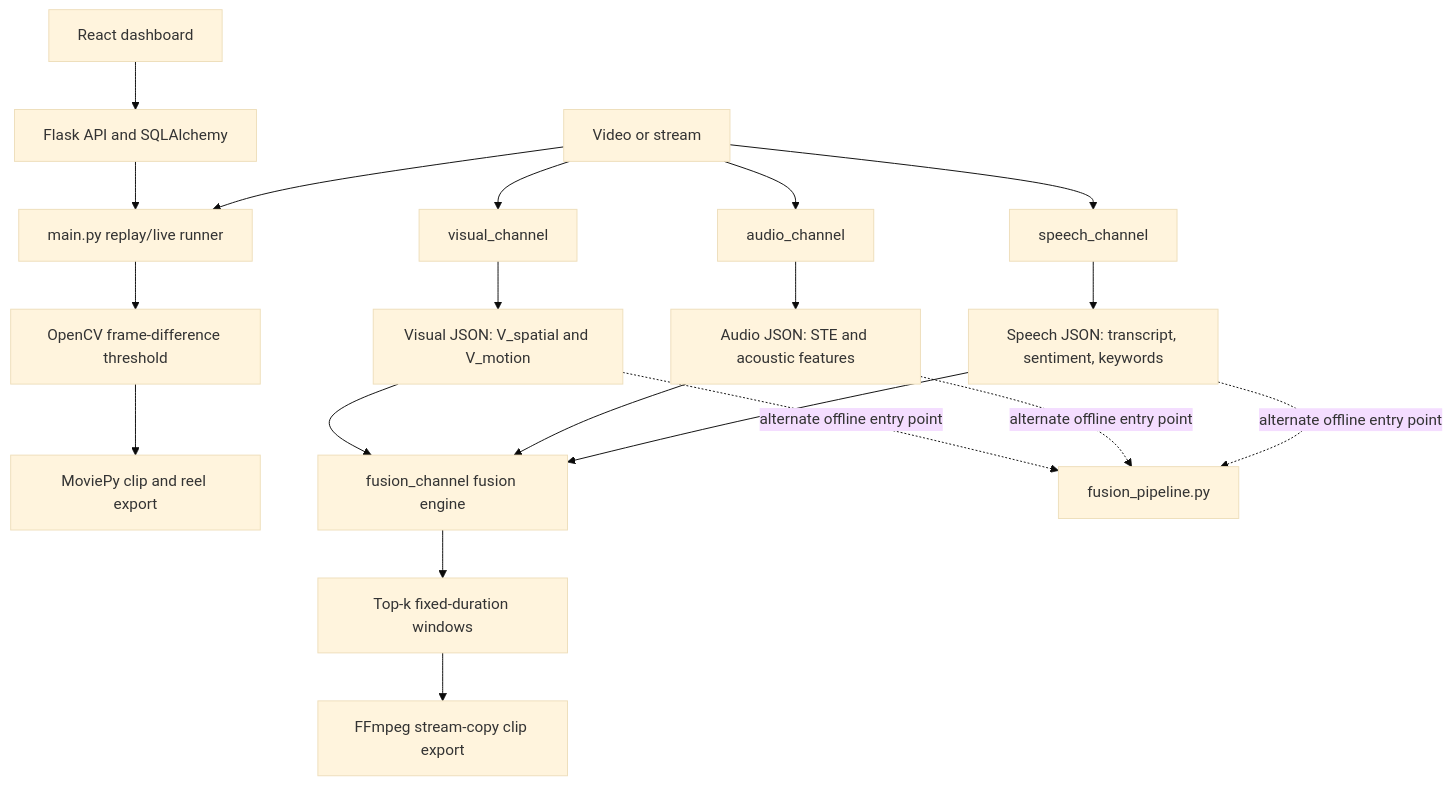
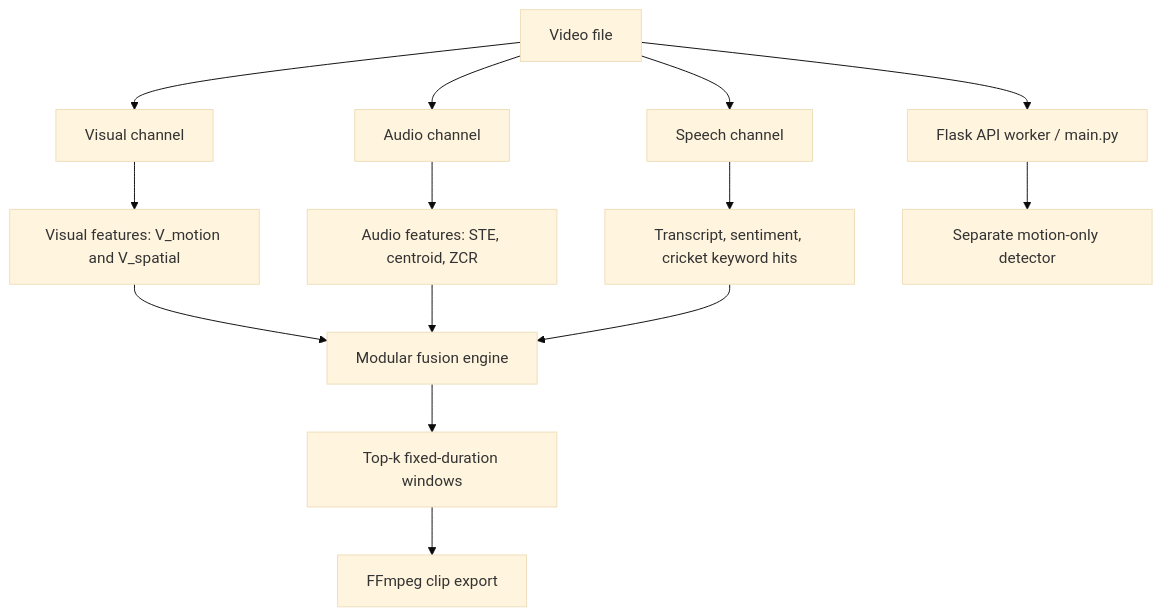
Before and after one commit to aditya0722h/cricket-highlight-extraction: the diagram in README.md, drawn with Mermaid (base theme). The commit also changed other lines of this file and 15 other files, not shown here.

````diff
--- a/README.md
+++ b/README.md
@@ -30,24 +32,16 @@
 ```mermaid
 flowchart TD
-    UI[React dashboard] --> API[Flask API and SQLAlchemy]
-    API --> MAIN[main.py replay/live runner]
-    VIDEO[Video or stream] --> MAIN
-    MAIN --> MOTION[OpenCV frame-difference threshold]
-    MOTION --> MOVIEPY[MoviePy clip and reel export]
-
-    VIDEO --> VIS[visual_channel]
-    VIDEO --> AUD[audio_channel]
-    VIDEO --> SPEECH[speech_channel]
-    VIS --> VJSON[Visual JSON: V_spatial and V_motion]
-    AUD --> AJSON[Audio JSON: STE and acoustic features]
-    SPEECH --> SJSON[Speech JSON: transcript, sentiment, keywords]
-    VJSON --> FUSION[fusion_channel fusion engine]
+    VIDEO[Video file] --> VIS[Visual channel]
+    VIDEO --> AUD[Audio channel]
+    VIDEO --> SPEECH[Speech channel]
+    VIS --> VJSON[Visual features: V_motion and V_spatial]
+    AUD --> AJSON[Audio features: STE, centroid, ZCR]
+    SPEECH --> SJSON[Transcript, sentiment, cricket keyword hits]
+    VJSON --> FUSION[Modular fusion engine]
     AJSON --> FUSION
     SJSON --> FUSION
     FUSION --> WINDOWS[Top-k fixed-duration windows]
-    WINDOWS --> FFMPEG[FFmpeg stream-copy clip export]
-
-    VJSON -. alternate offline entry point .-> OFFLINE[fusion_pipeline.py]
-    AJSON -. alternate offline entry point .-> OFFLINE
-    SJSON -. alternate offline entry point .-> OFFLINE
+    WINDOWS --> EXPORT[FFmpeg clip export]
+    VIDEO --> APP[Flask API worker / main.py]
+    APP --> MOTION[Separate motion-only detector]
 ```
````
